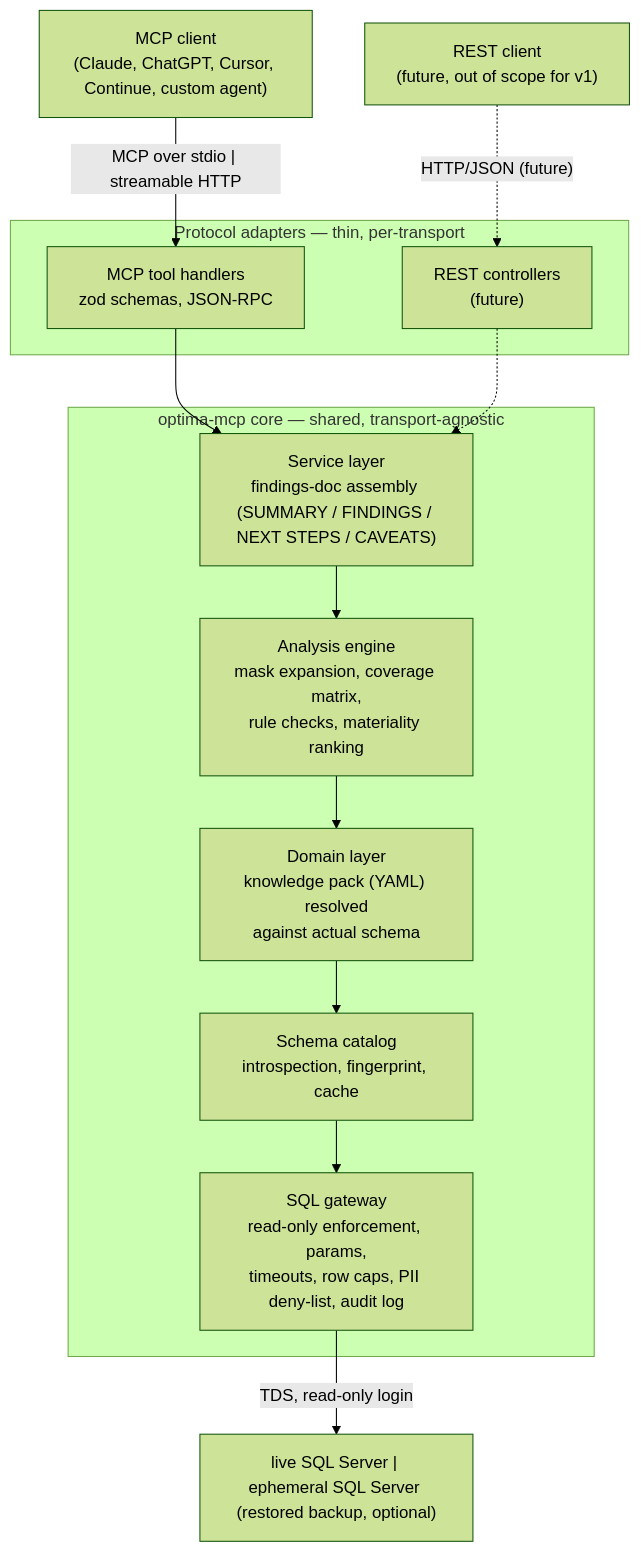
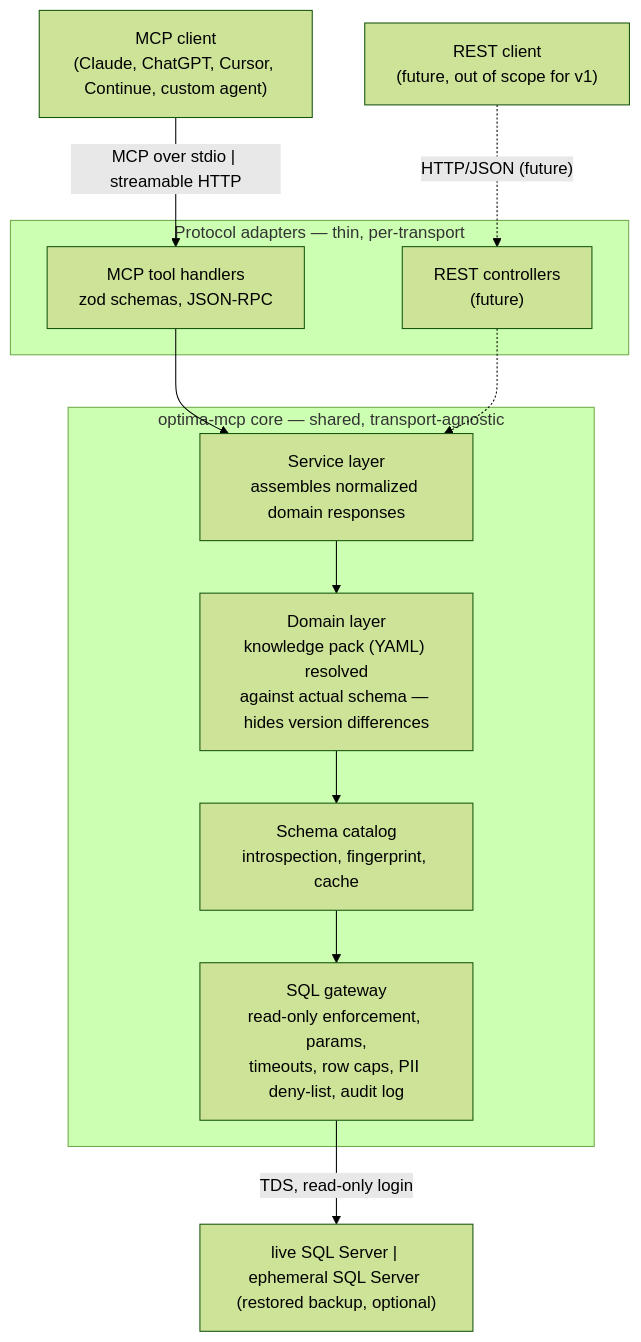
One commit to lukaszfiszer/optima-mcp changed the diagram in docs/research/03-architecture.md. Above: the diagram before and after it, drawn with Mermaid (forest theme). The commit also changed other lines of this file, not shown here.

First line of the commit message:
docs: remove analysis engine and findings-doc scope per KISS wrapper decision

````diff
--- a/docs/research/03-architecture.md
+++ b/docs/research/03-architecture.md
@@ -5,30 +5,28 @@
 ```mermaid
 flowchart TB
     MCPClient["MCP client\n(Claude, ChatGPT, Cursor, Continue, custom agent)"]
     RESTClient["REST client\n(future, out of scope for v1)"]
 
     subgraph Adapters["Protocol adapters — thin, per-transport"]
         MCPAdapter["MCP tool handlers\nzod schemas, JSON-RPC"]
         RESTAdapter["REST controllers\n(future)"]
     end
 
     subgraph Core["optima-mcp core — shared, transport-agnostic"]
-        Service["Service layer\nfindings-doc assembly (SUMMARY / FINDINGS / NEXT STEPS / CAVEATS)"]
-        Analysis["Analysis engine\nmask expansion, coverage matrix,\nrule checks, materiality ranking"]
-        Domain["Domain layer\nknowledge pack (YAML) resolved\nagainst actual schema"]
+        Service["Service layer\nassembles normalized domain responses"]
+        Domain["Domain layer\nknowledge pack (YAML) resolved\nagainst actual schema — hides version differences"]
         Catalog["Schema catalog\nintrospection, fingerprint, cache"]
         Gateway["SQL gateway\nread-only enforcement, params,\ntimeouts, row caps, PII deny-list, audit log"]
     end
 
     DB["live SQL Server | ephemeral SQL Server (restored backup, optional)"]
 
     MCPClient -->|"MCP over stdio | streamable HTTP"| MCPAdapter
     RESTClient -.->|"HTTP/JSON (future)"| RESTAdapter
     MCPAdapter --> Service
     RESTAdapter -.-> Service
-    Service --> Analysis
-    Analysis --> Domain
+    Service --> Domain
     Domain --> Catalog
     Catalog --> Gateway
     Gateway -->|"TDS, read-only login"| DB
 ```
````
